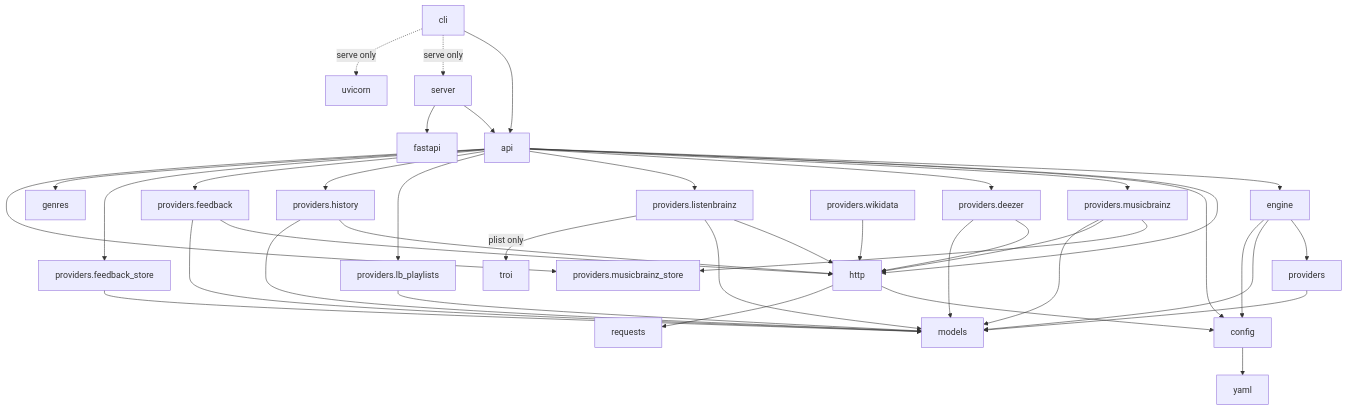
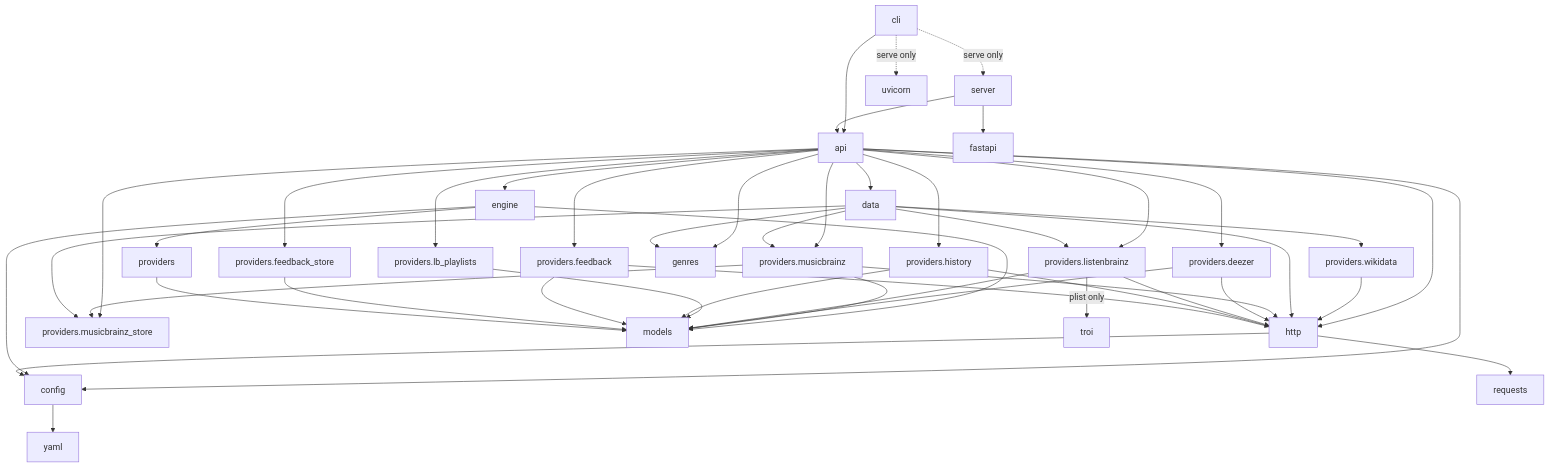
Before and after one commit to Goober-nation/Post-Radio: the diagram in docs/dependencies.md, drawn with Mermaid. The commit also changed other lines of this file and 15 other files, not shown here.

````diff
--- a/docs/dependencies.md
+++ b/docs/dependencies.md
@@ -8,32 +8,34 @@
 ```mermaid
 flowchart TB
     cli --> api
     cli -.->|serve only| server
     cli -.->|serve only| uvicorn
     server --> api
     server --> fastapi
     api --> engine
     api --> http
     api --> config
     api --> p_mb[providers.musicbrainz]
     api --> p_dz[providers.deezer]
     api --> p_lb[providers.listenbrainz]
     api --> p_pl[providers.lb_playlists]
     api --> p_hist[providers.history]
     api --> p_fb[providers.feedback]
     api --> p_store[providers.feedback_store]
     api --> genres
     api --> p_mbs[providers.musicbrainz_store]
     p_mb --> p_mbs
     p_wd[providers.wikidata] --> http
+    api --> data
+    data --> p_wd & p_mb & p_mbs & p_lb & genres & http
     engine --> providers
     engine --> models
     engine --> config
     p_mb & p_dz & p_lb & p_hist & p_fb --> http
     p_mb & p_dz & p_lb & p_pl & p_hist & p_fb & p_store --> models
     p_lb -->|plist only| troi
     providers --> models
     http --> config
     http --> requests
     config --> yaml
 ```
````
